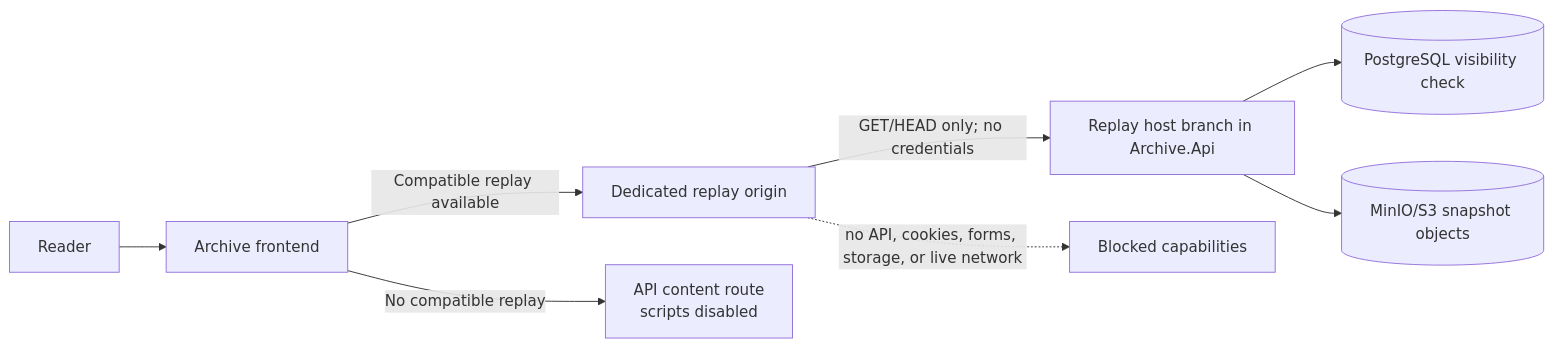
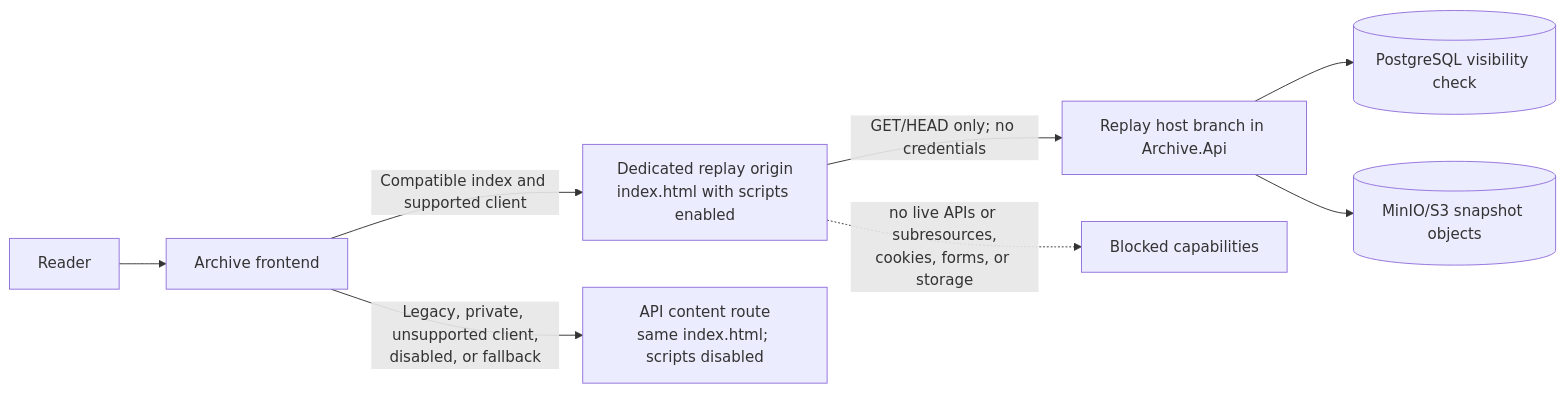
One commit to schmolldechse/archive changed the diagram in docs/interactive-archive-replay-proposal.md. Above: the diagram before and after it, drawn with Mermaid. The commit also changed other lines of this file, not shown here.

Commit message:
docs: refine single-document replay proposal

````diff
--- a/docs/interactive-archive-replay-proposal.md
+++ b/docs/interactive-archive-replay-proposal.md
@@ -48,10 +51,10 @@
 ```mermaid
 flowchart LR
     Reader[Reader] --> Frontend[Archive frontend]
-    Frontend -->|Compatible replay available| Replay[Dedicated replay origin]
-    Frontend -->|No compatible replay| Static[API content route<br/>scripts disabled]
+    Frontend -->|Compatible index and supported client| Replay[Dedicated replay origin<br/>index.html with scripts enabled]
+    Frontend -->|Legacy, private, unsupported client,<br/>disabled, or fallback| Static[API content route<br/>same index.html; scripts disabled]
     Replay -->|GET/HEAD only; no credentials| APIHost[Replay host branch in Archive.Api]
     APIHost --> Database[(PostgreSQL visibility check)]
     APIHost --> Objects[(MinIO/S3 snapshot objects)]
-    Replay -. no API, cookies, forms, storage, or live network .-> Blocked[Blocked capabilities]
+    Replay -. no live APIs or subresources,<br/>cookies, forms, or storage .-> Blocked[Blocked capabilities]
 ```
````
